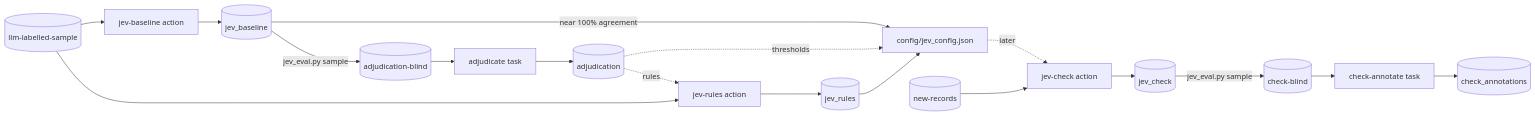
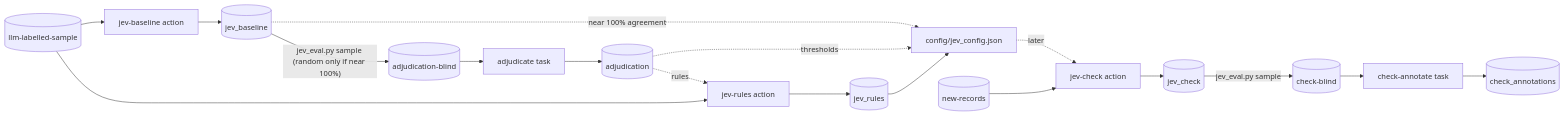
The diagram in llm-to-jev/README.md (explosion/ellf-templates), drawn with Mermaid before and after one commit. The commit also changed other lines of this file and 1 other file, not shown here.

First line of the commit message:
Offer a random-sample review when Jev and the LLM nearly always agree

````diff
--- a/llm-to-jev/README.md
+++ b/llm-to-jev/README.md
@@ -36,22 +38,22 @@
 ```mermaid
 flowchart LR
     accTitle: Replacing an LLM classifier with Jev
-    accDescr: Past records with the LLM's labels are classified by a Jev baseline action. If Jev and the LLM nearly always agree, the configuration is exported straight away. Otherwise a script samples disagreements and random records into a blind input that a person annotates, the agent adds rules and picks thresholds from the annotations, a rules action reruns Jev, and the configuration is exported. Later, Jev is run on new records and a random sample is annotated to check for drift.
+    accDescr: Past records with the LLM's labels are classified by a Jev baseline action. If Jev and the LLM nearly always agree, the configuration can be exported straight away, or a random sample annotated first to measure accuracy. Otherwise a script samples disagreements and random records into a blind input that a person annotates, the agent adds rules and picks thresholds from the annotations, a rules action reruns Jev, and the configuration is exported. Later, Jev is run on new records and a random sample is annotated to check for drift.
     input[(llm-labelled-sample)] --> base[jev-baseline action]
     base --> baseds[(jev_baseline)]
-    baseds -- near 100% agreement --> config[config/jev_config.json]
-    baseds -- jev_eval.py sample --> blind[(adjudication-blind)]
+    baseds -. near 100% agreement .-> config[config/jev_config.json]
+    baseds -- "jev_eval.py sample (random only if near 100%)" --> blind[(adjudication-blind)]
     blind --> adj[adjudicate task]
     adj --> adjds[(adjudication)]
     adjds -. rules .-> rules[jev-rules action]
     input --> rules
     rules --> rulesds[(jev_rules)]
     adjds -. thresholds .-> config
     rulesds --> config
     config -. later .-> check[jev-check action]
     new[(new-records)] --> check
     check --> checkds[(jev_check)]
     checkds -- jev_eval.py sample --> cblind[(check-blind)]
     cblind --> cann[check-annotate task]
     cann --> cannds[(check_annotations)]
 ```
````
